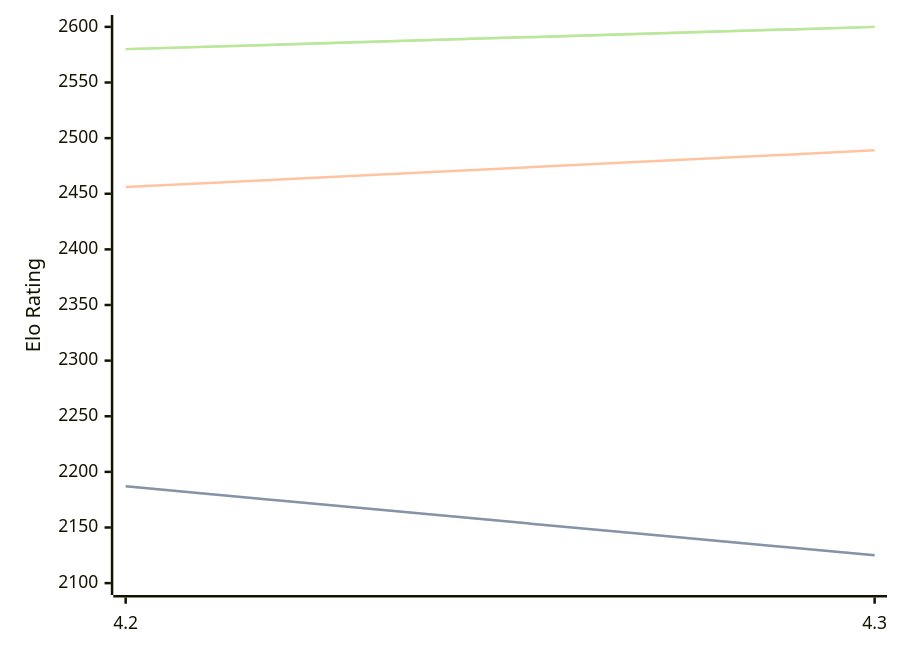
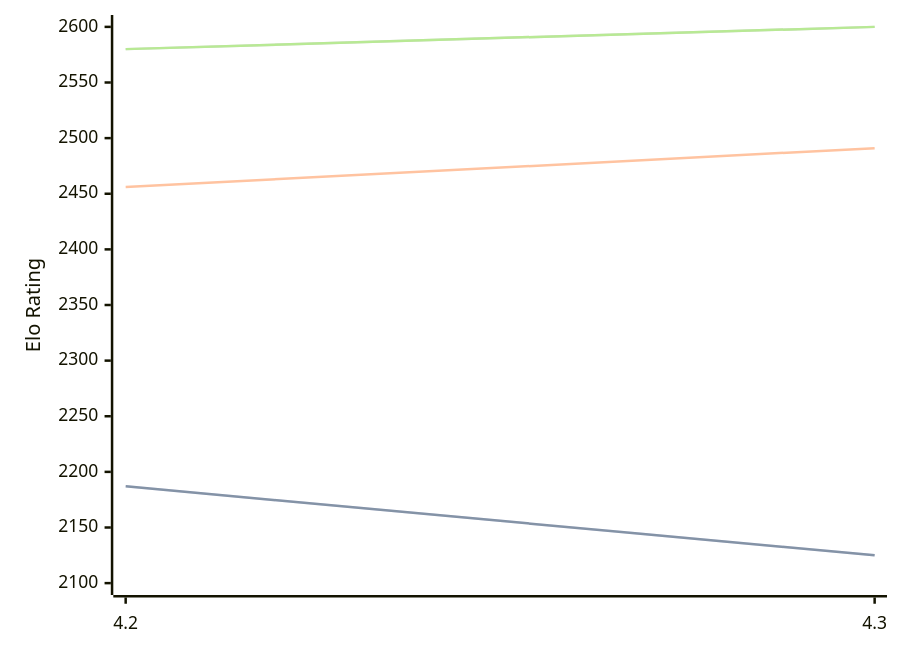
The diagram in engines/Eubos.md (computer-chess-index/cci), drawn with Mermaid before and after one commit. The commit also changed other lines of this file, not shown here.

````diff
--- a/engines/Eubos.md
+++ b/engines/Eubos.md
@@ -88,11 +88,11 @@
 ```mermaid
 %%{init: {"theme":"base","themeVariables":{"seriesColors:['#a3a3a3','#222221','#faa371']}}}%%
 xychart-beta
   x-axis ["4.2", "4.3"]
   y-axis "Elo Rating" 2100 --> 2600
   line "STC (8.0+0.08s)" [2187, 2125]
   line "STC (8.0+0.08s)" [2187, 2125]
-  line "LTC (60.0+0.60s)" [2456, 2489]
+  line "LTC (60.0+0.60s)" [2456, 2491]
   line "VLTC (2m24s+1.12s)" [2580, 2600]
   line "VLTC (2m24s+1.12s)" [2580, 2600]
 ```
````
